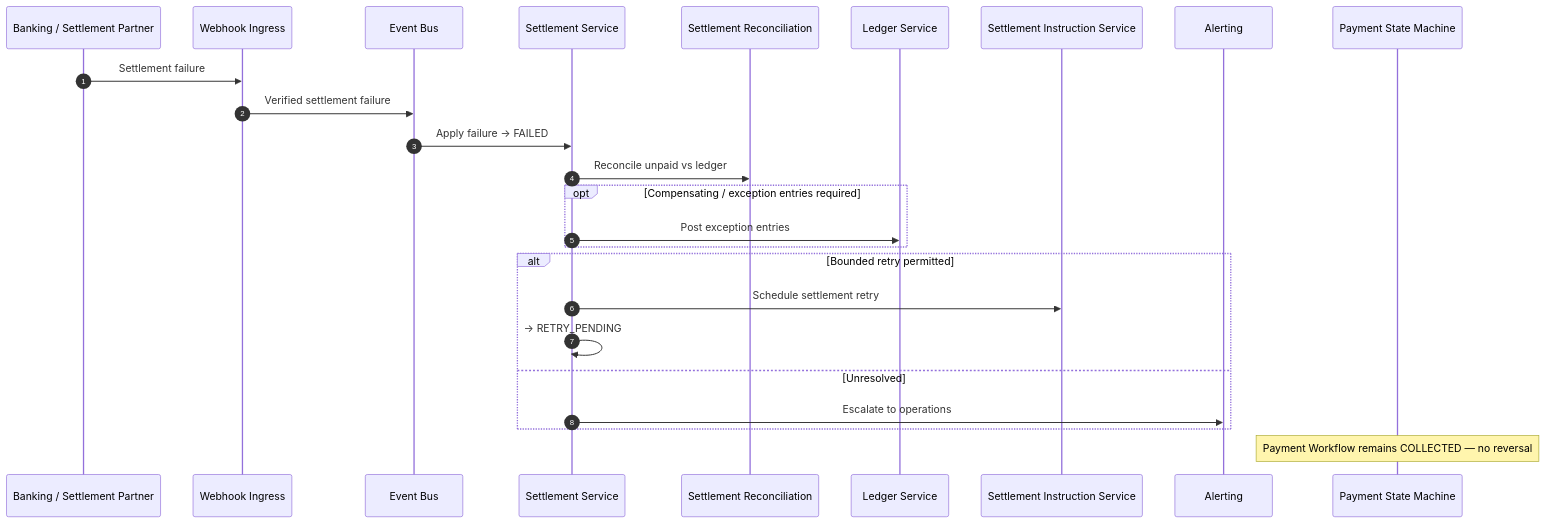
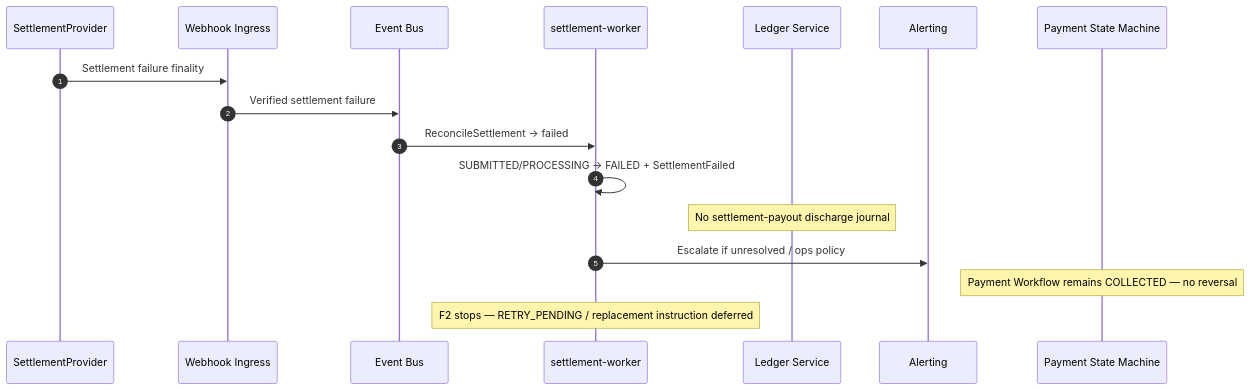
Before and after one commit to MR0808/sparelane-architecture: the diagram in docs/design/money/settlement-failure.md, drawn with Mermaid. The commit also changed other lines of this file and 35 other files, not shown here.

Commit message:
Accept ADR-029 settlement finality and payout accounting policy

````diff
--- a/docs/design/money/settlement-failure.md
+++ b/docs/design/money/settlement-failure.md
@@ -35,30 +37,21 @@
 ```mermaid
 sequenceDiagram
     autonumber
-    participant Bank as Banking / Settlement Partner
+    participant Bank as SettlementProvider
     participant WH as Webhook Ingress
     participant Bus as Event Bus
-    participant SS as Settlement Service
-    participant Rec as Settlement Reconciliation
+    participant SW as settlement-worker
     participant Led as Ledger Service
-    participant Inst as Settlement Instruction Service
     participant Alert as Alerting
     participant PSM as Payment State Machine
 
-    Bank->>WH: Settlement failure
+    Bank->>WH: Settlement failure finality
     WH->>Bus: Verified settlement failure
-    Bus->>SS: Apply failure → FAILED
-    SS->>Rec: Reconcile unpaid vs ledger
-    opt Compensating / exception entries required
-        SS->>Led: Post exception entries
-    end
-
-    alt Bounded retry permitted
-        SS->>Inst: Schedule settlement retry
-        SS->>SS: → RETRY_PENDING
-    else Unresolved
-        SS->>Alert: Escalate to operations
-    end
+    Bus->>SW: ReconcileSettlement → failed
+    SW->>SW: SUBMITTED/PROCESSING → FAILED + SettlementFailed
+    Note over Led: No settlement-payout discharge journal
+    SW->>Alert: Escalate if unresolved / ops policy
 
     Note over PSM: Payment Workflow remains COLLECTED — no reversal
+    Note over SW: F2 stops — RETRY_PENDING / replacement instruction deferred
 ```
````
